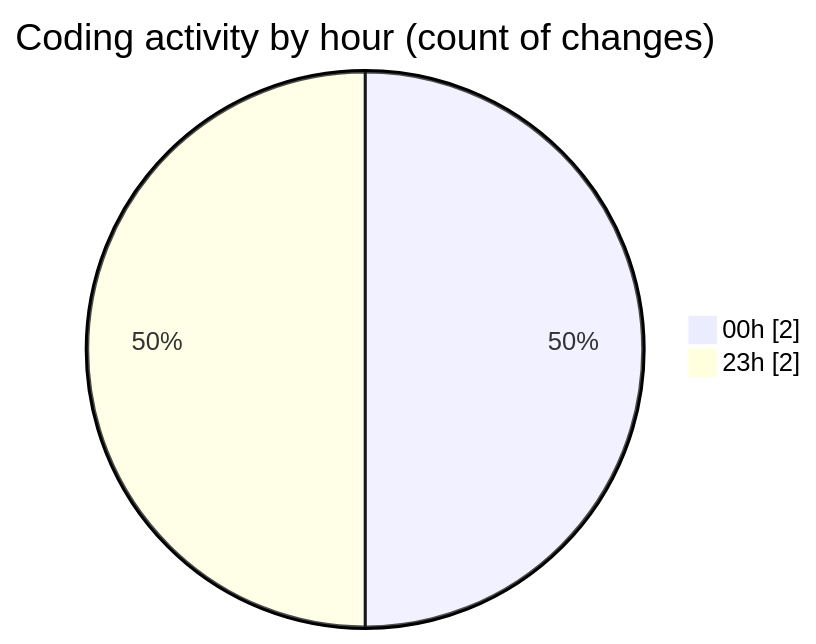
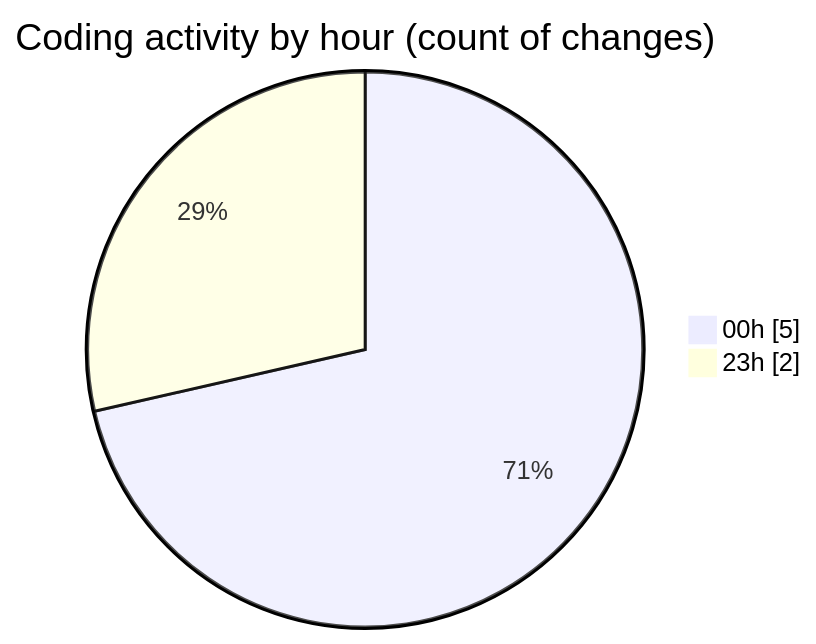
The second of 2 diagrams in 2025-03-11/portofolio/README.md (donsfak/code-tracking), drawn with Mermaid before and after one commit. The commit also changed other lines of this file and 1 other file, not shown here.

````diff
--- a/2025-03-11/portofolio/README.md
+++ b/2025-03-11/portofolio/README.md
@@ -28,6 +30,6 @@
 ```mermaid
 pie showData
 title Coding activity by hour (count of changes)
-"00h" : 2
+"00h" : 5
 "23h" : 2
 ```
````
